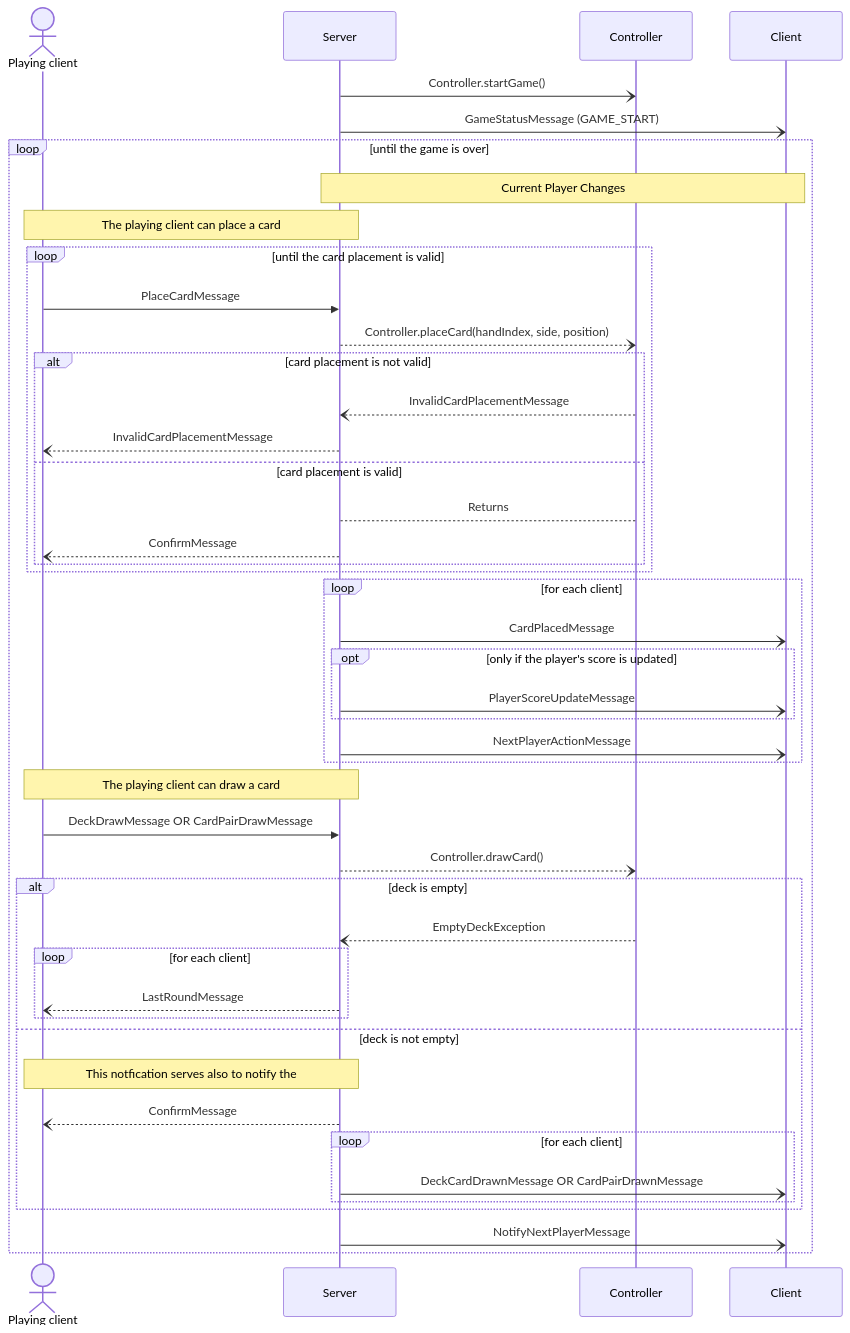
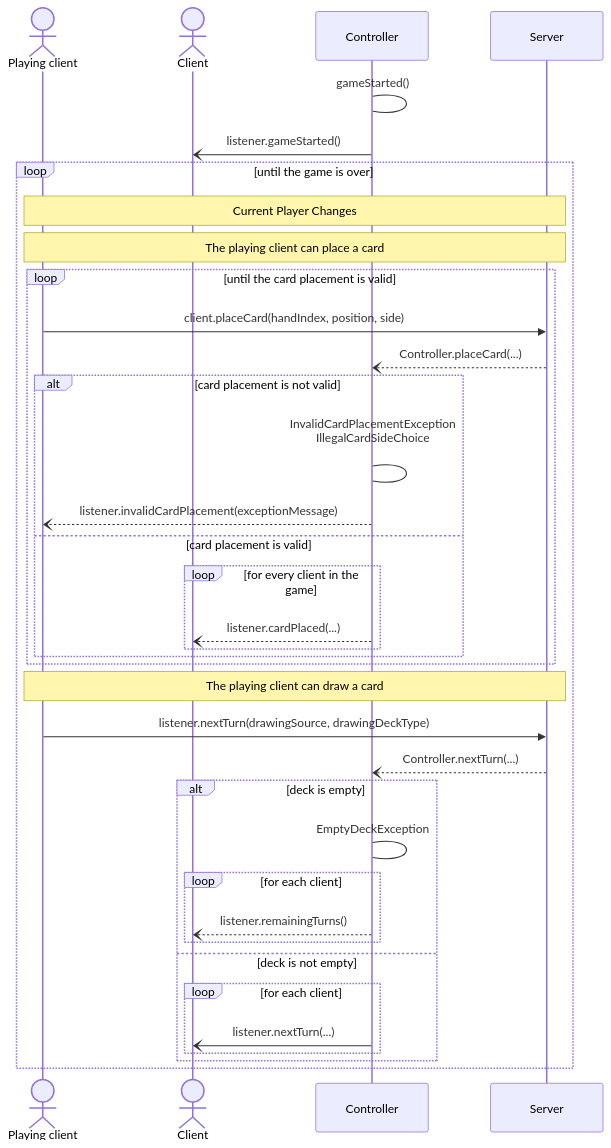
Before and after one commit to frephs/IS24-AM21: the seventh of 9 diagrams in documentation_wip/network_protocol.md, drawn with Mermaid. The commit also changed other lines of this file, not shown here.

Commit message:
fix: network docs, hopefully final

````diff
--- a/documentation_wip/network_protocol.md
+++ b/documentation_wip/network_protocol.md
@@ -271,51 +271,42 @@
 ```mermaid
 sequenceDiagram
     actor Playing client
-    Server -) Controller: Controller.startGame()
-    Server -) Client : GameStatusMessage (GAME_START) 
+    actor Client
+    Controller -> Controller: gameStarted()
+    Controller -) Client : listener.gameStarted()
 
     loop until the game is over
         # New turn 
-        Note over Server,Client: Current Player Changes
+        Note over Server,Playing client: Current Player Changes
         
         # Place card  
         Note over Playing client,Server: The playing client can place a card  
         loop until the card placement is valid
-            Playing client ->> Server : PlaceCardMessage
-            Server --) Controller: Controller.placeCard(handIndex, side, position)
+            Playing client ->> Server : client.placeCard(handIndex, position, side)
+            Server --) Controller: Controller.placeCard(...)
             alt card placement is not valid
-                Controller --) Server: InvalidCardPlacementMessage
-                Server --) Playing client : InvalidCardPlacementMessage
+                Controller -> Controller: InvalidCardPlacementException <br> IllegalCardSideChoice <br>
+                Controller --) Playing client : listener.invalidCardPlacement(exceptionMessage)
             else card placement is valid
-                Controller --> Server: Returns
-                Server --) Playing client : ConfirmMessage
+                loop for every client in the game
+                    Controller --) Client : listener.cardPlaced(...)
+                end
             end
-        end
-        loop for each client
-            Server -) Client : CardPlacedMessage
-            opt only if the player's score is updated
-                Server -) Client : PlayerScoreUpdateMessage
-            end
-            Server -) Client : NextPlayerActionMessage
-        end 
-        
+        end        
 
         # Draw card 
         Note over Playing client,Server: The playing client can draw a card
-        Playing client ->> Server : DeckDrawMessage OR CardPairDrawMessage
-        Server --) Controller: Controller.drawCard()
+        Playing client ->> Server : listener.nextTurn(drawingSource, drawingDeckType)
+        Server --) Controller: Controller.nextTurn(...)
         alt deck is empty
-            Controller --) Server: EmptyDeckException
+            Controller -> Controller: EmptyDeckException
             loop for each client
-                Server --) Playing client : LastRoundMessage
+                Controller --) Client : listener.remainingTurns()
             end
         else deck is not empty
-            Note over Playing client,Server: This notfication serves also to notify the
-            Server --) Playing client : ConfirmMessage
             loop for each client
-                Server -) Client : DeckCardDrawnMessage OR CardPairDrawnMessage
+                Controller -) Client : listener.nextTurn(...)
             end
         end
-        Server -) Client : NotifyNextPlayerMessage
     end
 ```
````
